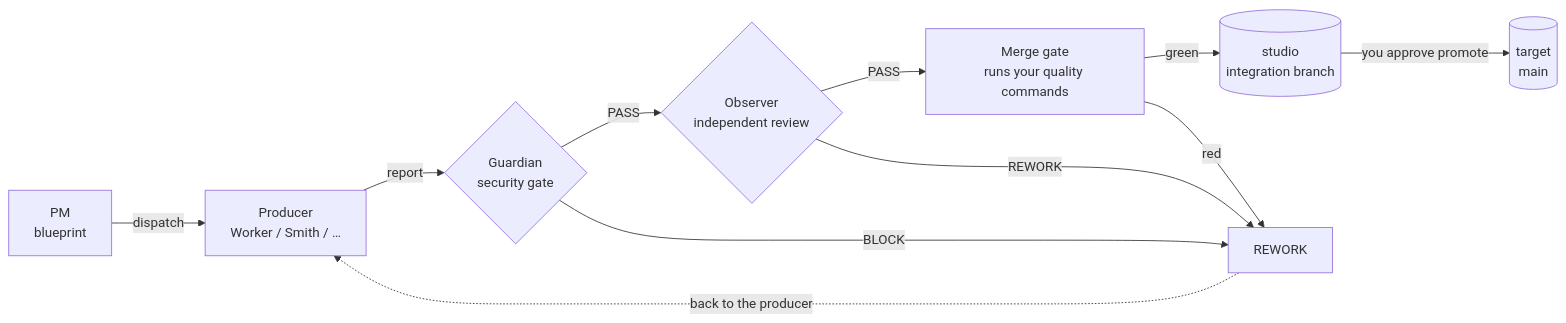
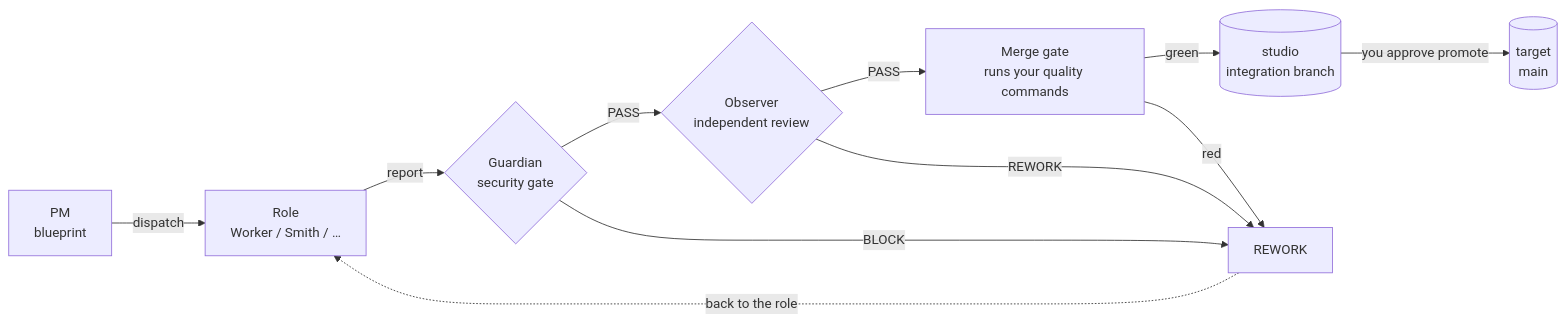
One commit to aby-studio-works/garelier changed the diagram in README.md. Above: the diagram before and after it, drawn with Mermaid. The commit also changed other lines of this file and 666 other files, not shown here.

````diff
--- a/README.md
+++ b/README.md
@@ -27,13 +27,13 @@
 ```mermaid
 flowchart LR
-    PM["PM<br/>blueprint"] -->|dispatch| P["Producer<br/>Worker / Smith / …"]
+    PM["PM<br/>blueprint"] -->|dispatch| P["Role<br/>Worker / Smith / …"]
     P -->|report| G{"Guardian<br/>security gate"}
     G -->|PASS| O{"Observer<br/>independent review"}
     G -->|BLOCK| RW["REWORK"]
     O -->|PASS| MG["Merge gate<br/>runs your quality commands"]
     O -->|REWORK| RW
     MG -->|green| S[("studio<br/>integration branch")]
     MG -->|red| RW
-    RW -.->|back to the producer| P
+    RW -.->|back to the role| P
     S -->|you approve promote| T[("target<br/>main")]
 ```
````
